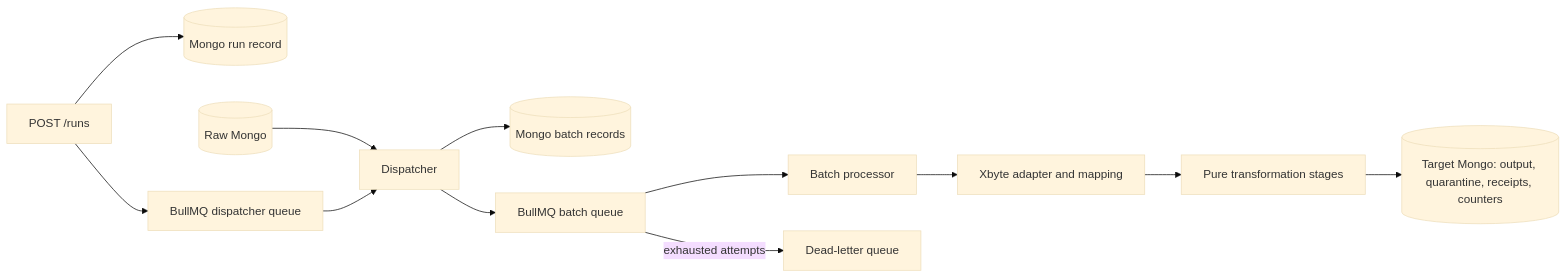
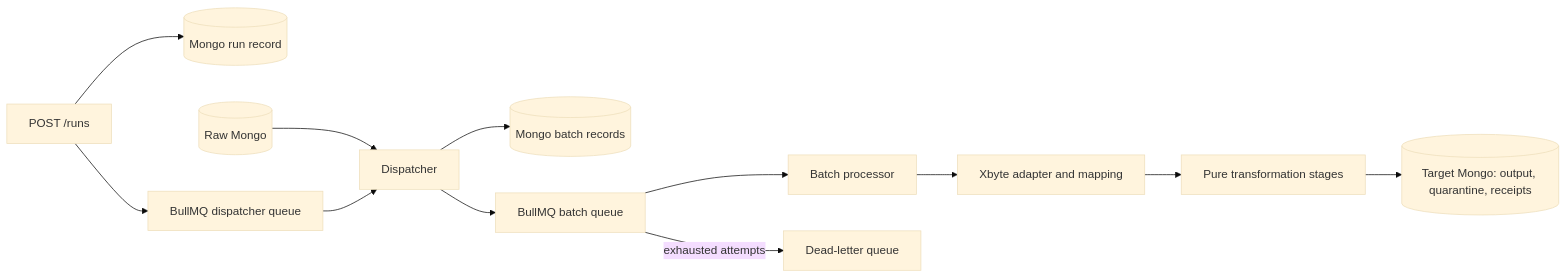
The diagram in ARCHITECTURE.md (khalid-alsaleh-dev/provider-data-factory), drawn with Mermaid (base theme) before and after one commit. The commit also changed other lines of this file and 1 other file, not shown here.

First line of the commit message:
docs: describe exact counters, startup recovery and production auth

````diff
--- a/ARCHITECTURE.md
+++ b/ARCHITECTURE.md
@@ -3,14 +3,14 @@
 ```mermaid
 flowchart LR
   API[POST /runs] --> R[(Mongo run record)]
   API --> DQ[BullMQ dispatcher queue]
   RAW[(Raw Mongo)] --> D[Dispatcher]
   DQ --> D
   D --> B[(Mongo batch records)]
   D --> BQ[BullMQ batch queue]
   BQ --> W[Batch processor]
   W --> A[Xbyte adapter and mapping]
   A --> P[Pure transformation stages]
-  P --> DB[(Target Mongo: output, quarantine, receipts, counters)]
+  P --> DB[(Target Mongo: output, quarantine, receipts)]
   BQ -->|exhausted attempts| DLQ[Dead-letter queue]
 ```
````
